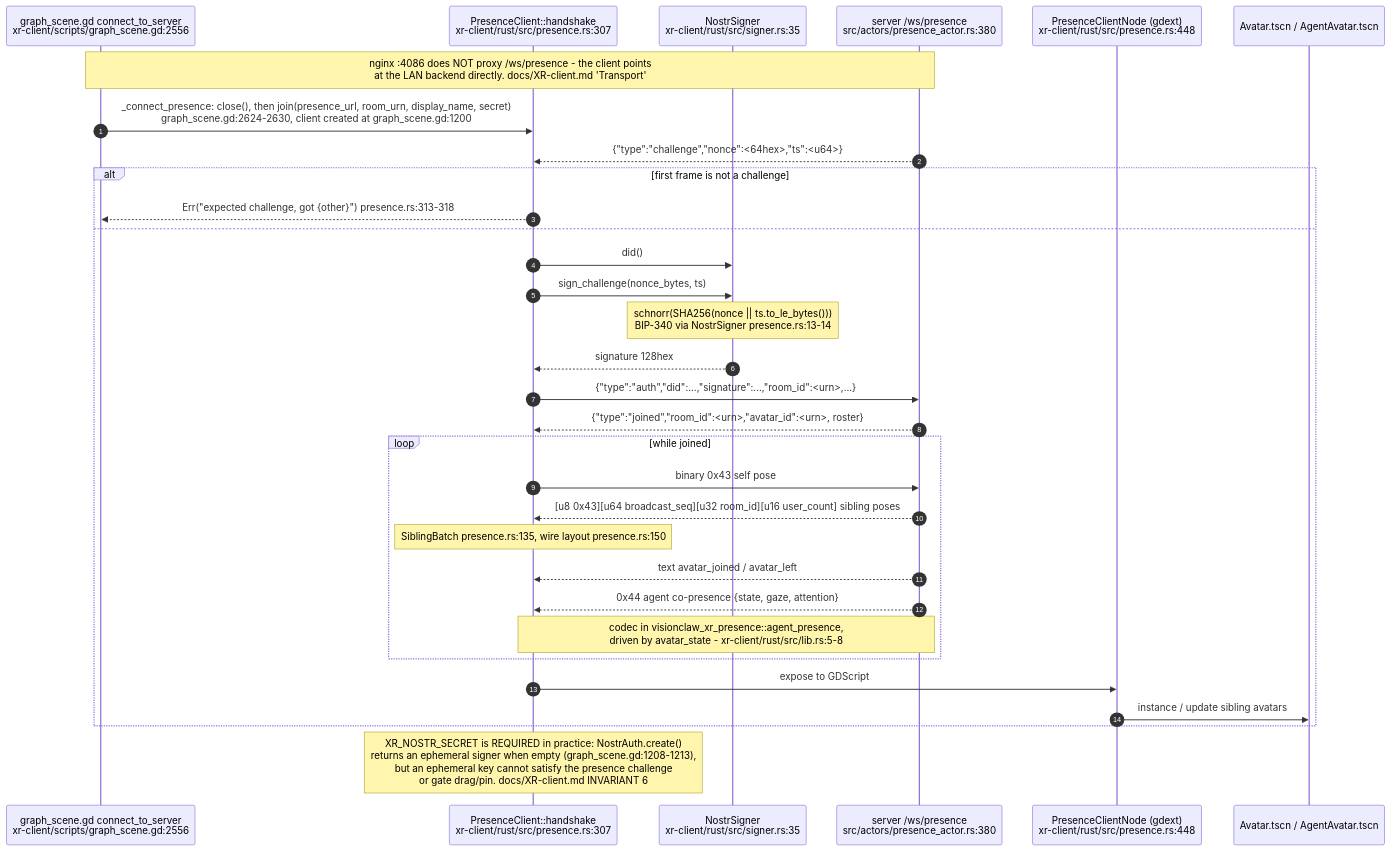
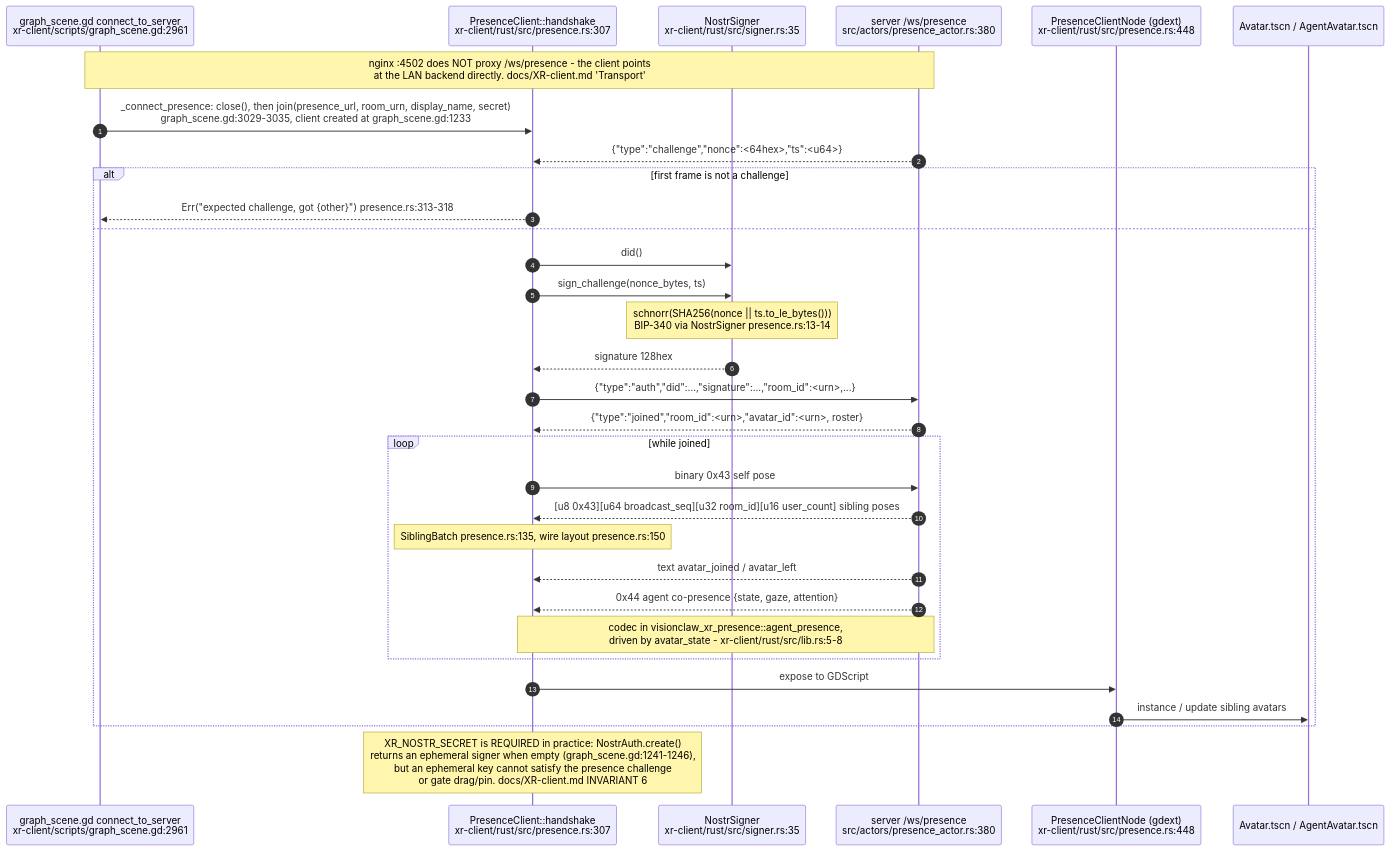
The tenth of 29 diagrams in docs/diagrams/visionclaw/36-godot-xr-client.md (DreamLab-AI/VisionFlow), drawn with Mermaid before and after one commit. The commit also changed other lines of this file and 56 other files, not shown here.

First line of the commit message:
docs(diagrams): re-verify VisionClaw topics at ec785afa9, add VC-19/56/57 and the VisionClaw register

````diff
--- a/docs/diagrams/visionclaw/36-godot-xr-client.md
+++ b/docs/diagrams/visionclaw/36-godot-xr-client.md
@@ -543,35 +581,35 @@
 ```mermaid
 sequenceDiagram
     autonumber
-    participant GS as graph_scene.gd connect_to_server<br/>xr-client/scripts/graph_scene.gd:2556
+    participant GS as graph_scene.gd connect_to_server<br/>xr-client/scripts/graph_scene.gd:2961
     participant PC as PresenceClient::handshake<br/>xr-client/rust/src/presence.rs:307
     participant SG as NostrSigner<br/>xr-client/rust/src/signer.rs:35
     participant SV as server /ws/presence<br/>src/actors/presence_actor.rs:380
     participant PN as PresenceClientNode (gdext)<br/>xr-client/rust/src/presence.rs:448
     participant AV as Avatar.tscn / AgentAvatar.tscn
 
-    Note over GS,SV: nginx :4086 does NOT proxy /ws/presence - the client points<br/>at the LAN backend directly. docs/XR-client.md 'Transport'
-    GS->>PC: _connect_presence: close(), then join(presence_url, room_urn, display_name, secret)<br/>graph_scene.gd:2624-2630, client created at graph_scene.gd:1200
+    Note over GS,SV: nginx :4502 does NOT proxy /ws/presence - the client points<br/>at the LAN backend directly. docs/XR-client.md 'Transport'
+    GS->>PC: _connect_presence: close(), then join(presence_url, room_urn, display_name, secret)<br/>graph_scene.gd:3029-3035, client created at graph_scene.gd:1233
     SV-->>PC: {"type":"challenge","nonce":<64hex>,"ts":<u64>}
     alt first frame is not a challenge
         PC-->>GS: Err("expected challenge, got {other}") presence.rs:313-318
     else
         PC->>SG: did()
         PC->>SG: sign_challenge(nonce_bytes, ts)
         Note over SG: schnorr(SHA256(nonce || ts.to_le_bytes()))<br/>BIP-340 via NostrSigner presence.rs:13-14
         SG-->>PC: signature 128hex
         PC->>SV: {"type":"auth","did":...,"signature":...,"room_id":<urn>,...}
         SV-->>PC: {"type":"joined","room_id":<urn>,"avatar_id":<urn>, roster}
         loop while joined
             PC->>SV: binary 0x43 self pose
             SV-->>PC: [u8 0x43][u64 broadcast_seq][u32 room_id][u16 user_count] sibling poses
             Note over PC: SiblingBatch presence.rs:135, wire layout presence.rs:150
             SV-->>PC: text avatar_joined / avatar_left
             SV-->>PC: 0x44 agent co-presence {state, gaze, attention}
             Note over SV,PC: codec in visionclaw_xr_presence::agent_presence,<br/>driven by avatar_state - xr-client/rust/src/lib.rs:5-8
         end
         PC->>PN: expose to GDScript
         PN->>AV: instance / update sibling avatars
     end
-    Note over PC: XR_NOSTR_SECRET is REQUIRED in practice: NostrAuth.create()<br/>returns an ephemeral signer when empty (graph_scene.gd:1208-1213),<br/>but an ephemeral key cannot satisfy the presence challenge<br/>or gate drag/pin. docs/XR-client.md INVARIANT 6
+    Note over PC: XR_NOSTR_SECRET is REQUIRED in practice: NostrAuth.create()<br/>returns an ephemeral signer when empty (graph_scene.gd:1241-1246),<br/>but an ephemeral key cannot satisfy the presence challenge<br/>or gate drag/pin. docs/XR-client.md INVARIANT 6
 ```
````
